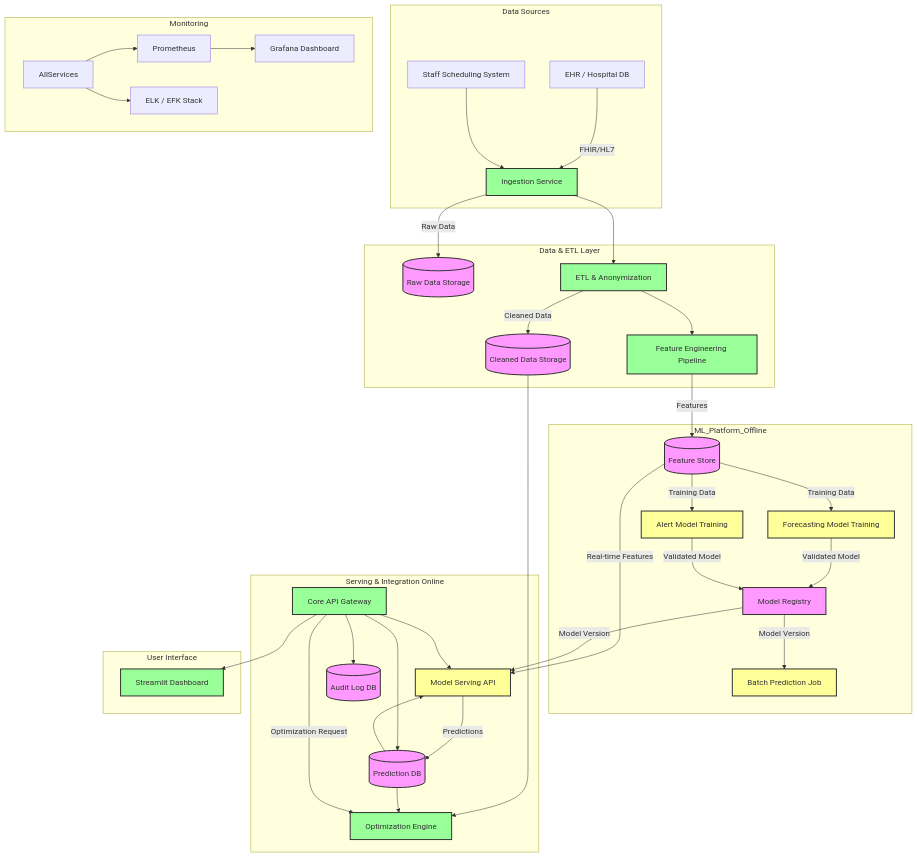
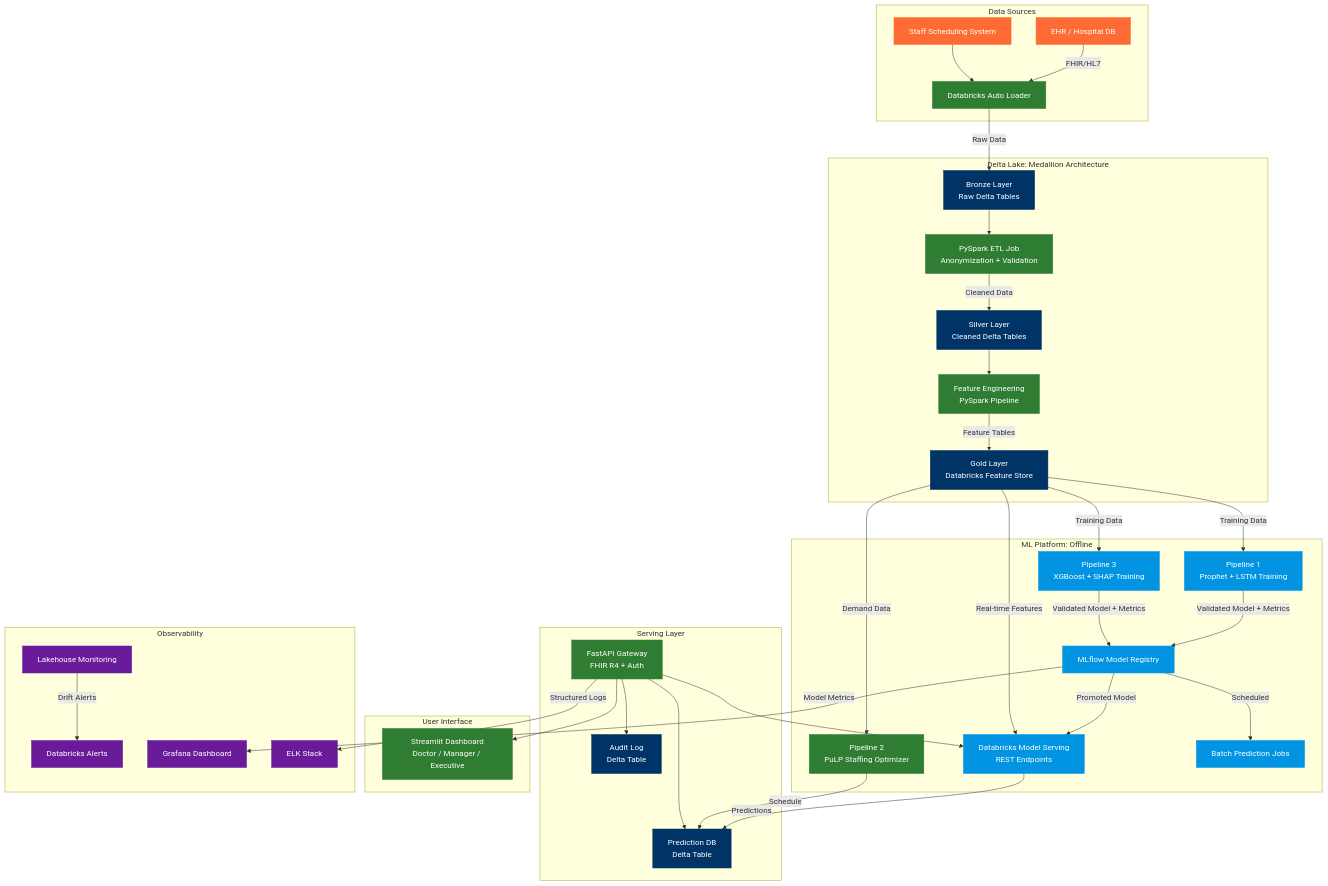
The diagram in README.md (issyat/Predictive-Hospital-Optimization-System), drawn with Mermaid before and after one commit. The commit also changed other lines of this file, not shown here.

Commit message:
docs(readme): rewrite README and fix Mermaid architecture diagram rendering

````diff
--- a/README.md
+++ b/README.md
@@ -39,53 +86,58 @@
 ```mermaid
-graph TD
-    subgraph Data Sources
-        EHR[EHR / Hospital DB] --> |FHIR/HL7| Ingestion[Ingestion Service]
-        Staff[Staff Scheduling System] --> Ingestion
+flowchart TD
+    subgraph ds["Data Sources"]
+        ehr["EHR / Hospital DB"] -->|FHIR/HL7| autoLoader["Databricks Auto Loader"]
+        staff["Staff Scheduling System"] --> autoLoader
     end
 
-    subgraph Data & ETL Layer
-        Ingestion --> |Raw Data| RawDB[(Raw Data Storage)]
-        Ingestion --> ETL_Job[ETL & Anonymization]
-        ETL_Job --> |Cleaned Data| CleanedDB[(Cleaned Data Storage)]
-        ETL_Job --> FE[Feature Engineering Pipeline]
+    subgraph medallion["Delta Lake: Medallion Architecture"]
+        autoLoader -->|Raw Data| bronze["Bronze Layer<br/>Raw Delta Tables"]
+        bronze --> etl["PySpark ETL Job<br/>Anonymization + Validation"]
+        etl -->|Cleaned Data| silver["Silver Layer<br/>Cleaned Delta Tables"]
+        silver --> fe["Feature Engineering<br/>PySpark Pipeline"]
+        fe -->|Feature Tables| gold["Gold Layer<br/>Databricks Feature Store"]
     end
 
-    subgraph ML_Platform_Offline
-        FE --> |Features| FeatureStore[(Feature Store)]
-        FeatureStore --> |Training Data| Train_Forecast[Forecasting Model Training]
-        FeatureStore --> |Training Data| Train_Alert[Alert Model Training]
-        Train_Forecast --> |Validated Model| ModelRegistry[Model Registry]
-        Train_Alert --> |Validated Model| ModelRegistry
-        ModelRegistry --> |Model Version| Predict_Job[Batch Prediction Job]
+    subgraph ml["ML Platform: Offline"]
+        gold -->|Training Data| trainForecast["Pipeline 1<br/>Prophet + LSTM Training"]
+        gold -->|Training Data| trainAlert["Pipeline 3<br/>XGBoost + SHAP Training"]
+        gold -->|Demand Data| optimizer["Pipeline 2<br/>PuLP Staffing Optimizer"]
+
+        trainForecast -->|Validated Model + Metrics| mlflowReg["MLflow Model Registry"]
+        trainAlert -->|Validated Model + Metrics| mlflowReg
+        mlflowReg -->|Promoted Model| modelServing["Databricks Model Serving<br/>REST Endpoints"]
+        mlflowReg -->|Scheduled| batchJob["Batch Prediction Jobs"]
     end
 
-    subgraph Serving & Integration Online
-        FeatureStore --> |Real-time Features| Serve_API[Model Serving API]
-        ModelRegistry --> |Model Version| Serve_API
-        Serve_API --> |Predictions| PredictionDB[(Prediction DB)]
-        PredictionDB --> Serve_API
-        CleanedDB --> Optimizer[Optimization Engine]
-        PredictionDB --> Optimizer
-        CoreAPI[Core API Gateway] --> Serve_API
-        CoreAPI --> |Optimization Request| Optimizer
-        CoreAPI --> PredictionDB
-        CoreAPI --> AuditDB[(Audit Log DB)]
+    subgraph serving["Serving Layer"]
+        gold -->|Real-time Features| modelServing
+        modelServing -->|Predictions| predDb["Prediction DB<br/>Delta Table"]
+        optimizer -->|Schedule| predDb
+
+        apiGateway["FastAPI Gateway<br/>FHIR R4 + Auth"] --> modelServing
+        apiGateway --> predDb
+        apiGateway --> auditDb["Audit Log<br/>Delta Table"]
     end
 
-    subgraph User Interface
-        CoreAPI --> Dashboard[Streamlit Dashboard]
+    subgraph ui["User Interface"]
+        apiGateway --> dashboard["Streamlit Dashboard<br/>Doctor / Manager / Executive"]
     end
 
-    subgraph Monitoring
-        AllServices --> Prom[Prometheus]
-        Prom --> Grafana[Grafana Dashboard]
-        AllServices --> ELK[ELK / EFK Stack]
+    subgraph obs["Observability"]
+        lhm["Lakehouse Monitoring"] -->|Drift Alerts| alerts["Databricks Alerts"]
+        mlflowReg -->|Model Metrics| grafana["Grafana Dashboard"]
+        apiGateway -->|Structured Logs| elk["ELK Stack"]
     end
 
-    classDef db fill:#f9f,stroke:#333,stroke-width:2px;
-    classDef model fill:#ff9,stroke:#333,stroke-width:2px;
-    classDef api fill:#9f9,stroke:#333,stroke-width:2px;
-    class RawDB,CleanedDB,FeatureStore,PredictionDB,ModelRegistry,AuditDB db;
-    class Train_Forecast,Train_Alert,Serve_API,Predict_Job model;
-    class Ingestion,ETL_Job,FE,Optimizer,CoreAPI,Dashboard api;
+    classDef delta fill:#003366,color:#fff,stroke:#003366;
+    classDef mlflow fill:#0194E2,color:#fff,stroke:#0194E2;
+    classDef api fill:#2E7D32,color:#fff,stroke:#2E7D32;
+    classDef source fill:#FF6B35,color:#fff,stroke:#FF6B35;
+    classDef monitor fill:#6A1B9A,color:#fff,stroke:#6A1B9A;
+
+    class bronze,silver,gold,predDb,auditDb delta;
+    class trainForecast,trainAlert,mlflowReg,modelServing,batchJob mlflow;
+    class fe,etl,autoLoader,optimizer,apiGateway,dashboard api;
+    class ehr,staff source;
+    class lhm,alerts,grafana,elk monitor;
 ```
````
